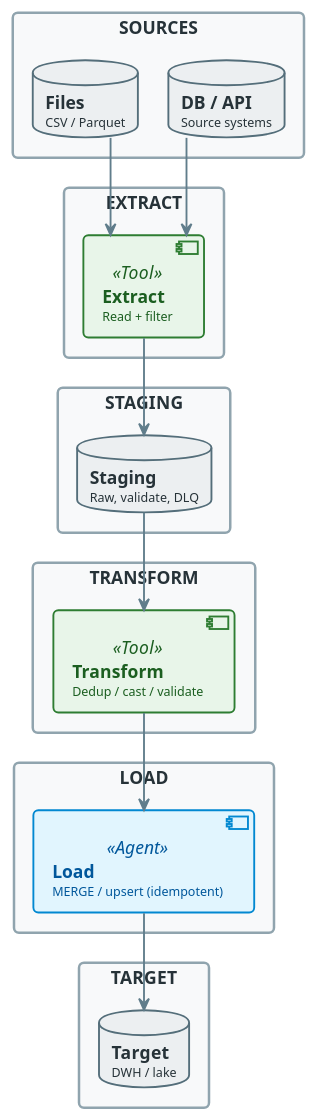
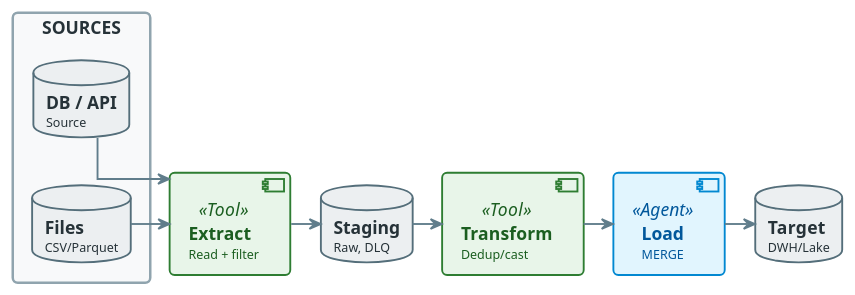
Before and after one commit to OrPerets/data-engineering-course: the diagram in diagrams/week04/week4_lecture_slide13_pipeline_overview.puml, drawn with PlantUML. The commit also changed 33 other files, not shown here.

First line of the commit message:
Refine diagrams for weeks 02-04 for PPTX slide layout

```diff
--- a/diagrams/week04/week4_lecture_slide13_pipeline_overview.puml
+++ b/diagrams/week04/week4_lecture_slide13_pipeline_overview.puml
@@ -1,167 +1,159 @@
 @startuml
 '=================================================
 ' CANONICAL DIAGRAM TEMPLATE - DATA ENGINEERING
 '=================================================
 
 top to bottom direction
 skinparam linetype ortho
 skinparam shadowing false
 skinparam roundcorner 8
 skinparam handwritten false
 skinparam nodesep 24
 skinparam ranksep 28
 
 '-------------------------
 ' FONT & GLOBAL STYLE
 '-------------------------
 skinparam defaultFontName "Segoe UI, Helvetica, sans-serif"
 skinparam defaultFontSize 16
 skinparam defaultFontColor #2C3E50
 
 '-------------------------
 ' GENERIC BOX STYLE
 '-------------------------
 skinparam rectangle {
     BackgroundColor #F8F9FA
     BorderColor #90A4AE
     BorderThickness 2
     FontColor #263238
     FontSize 14
     FontStyle bold
     Padding 20
 }
 
 skinparam component {
     BackgroundColor #FFFFFF
     BorderColor #78909C
     BorderThickness 1.5
     FontSize 14
     Padding 12
 }
 
 skinparam database {
     BackgroundColor #ECEFF1
     BorderColor #546E7A
     BorderThickness 1.5
     FontSize 14
     FontColor #263238
 }
 
 skinparam arrow {
     Color #607D8B
     Thickness 1.5
     FontSize 11
     FontColor #546E7A
 }
 
 '-------------------------
 ' SEMANTIC STEREOTYPES
 '-------------------------
 skinparam component<<UI>> {
     BorderColor #8E24AA
     BackgroundColor #F3E5F5
     FontColor #4A148C
 }
 
 skinparam component<<Agent>> {
     BorderColor #0288D1
     BackgroundColor #E1F5FE
     FontColor #01579B
 }
 
 skinparam component<<Tool>> {
     BorderColor #2E7D32
     BackgroundColor #E8F5E9
     FontColor #1B5E20
 }
 
 skinparam component<<Config>> {
     BorderColor #F57C00
     BackgroundColor #FFF3E0
     FontColor #E65100
 }
 
 skinparam component<<Bad>> {
     BorderColor #C62828
     BackgroundColor #FFEBEE
     FontColor #B71C1C
 }
 
 skinparam component<<V1>> {
     BorderColor #F57C00
     BackgroundColor #FFF3E0
     FontColor #E65100
 }
 
 skinparam component<<V2>> {
     BorderColor #2E7D32
     BackgroundColor #E8F5E9
     FontColor #1B5E20
 }
 
 skinparam component<<up>> {
     BackgroundColor #E8F5E9
     BorderColor #2E7D32
 }
 
 skinparam component<<down>> {
     BackgroundColor #FFEBEE
     BorderColor #C62828
 }
 
 skinparam database<<up>> {
     BackgroundColor #E8F5E9
     BorderColor #2E7D32
 }
 
 skinparam database<<down>> {
     BackgroundColor #FFEBEE
     BorderColor #C62828
 }
 
 skinparam component<<success>> {
     BackgroundColor #E8F5E9
     BorderColor #2E7D32
 }
 
 skinparam component<<failure>> {
     BackgroundColor #FFEBEE
     BorderColor #C62828
 }
 
 '=================================================
 
-' ETL PIPELINE OVERVIEW
+' ETL PIPELINE OVERVIEW - Mixed layout for PPTX
+
 rectangle "SOURCES" #F8F9FA {
-    database "**DB / API**\n<size:10>Source systems</size>" as SRC1
-    database "**Files**\n<size:10>CSV / Parquet</size>" as SRC2
+    database "**DB / API**\n<size:10>Source</size>" as SRC1
+    database "**Files**\n<size:10>CSV/Parquet</size>" as SRC2
+    SRC1 -[hidden]down- SRC2
 }
 
-rectangle "EXTRACT" #F8F9FA {
-    component "**Extract**\n<size:10>Read + filter</size>" as EXTRACT_STEP <<Tool>>
-}
+component "**Extract**\n<size:10>Read + filter</size>" as EXTRACT_STEP <<Tool>>
 
-rectangle "STAGING" #F8F9FA {
-    database "**Staging**\n<size:10>Raw, validate, DLQ</size>" as STG
-}
+database "**Staging**\n<size:10>Raw, DLQ</size>" as STG
 
-rectangle "TRANSFORM" #F8F9FA {
-    component "**Transform**\n<size:10>Dedup / cast / validate</size>" as TRANSFORM_STEP <<Tool>>
-}
+component "**Transform**\n<size:10>Dedup/cast</size>" as TRANSFORM_STEP <<Tool>>
 
-rectangle "LOAD" #F8F9FA {
-    component "**Load**\n<size:10>MERGE / upsert (idempotent)</size>" as LOAD_STEP <<Agent>>
-}
+component "**Load**\n<size:10>MERGE</size>" as LOAD_STEP <<Agent>>
 
-rectangle "TARGET" #F8F9FA {
-    database "**Target**\n<size:10>DWH / lake</size>" as TGT
-}
+database "**Target**\n<size:10>DWH/Lake</size>" as TGT
 
-SRC1 --> EXTRACT_STEP
-SRC2 --> EXTRACT_STEP
-EXTRACT_STEP --> STG
-STG --> TRANSFORM_STEP
-TRANSFORM_STEP --> LOAD_STEP
-LOAD_STEP --> TGT
+SRC1 -right-> EXTRACT_STEP
+SRC2 -right-> EXTRACT_STEP
+EXTRACT_STEP -right-> STG
+STG -right-> TRANSFORM_STEP
+TRANSFORM_STEP -right-> LOAD_STEP
+LOAD_STEP -right-> TGT
 
 @enduml
```
